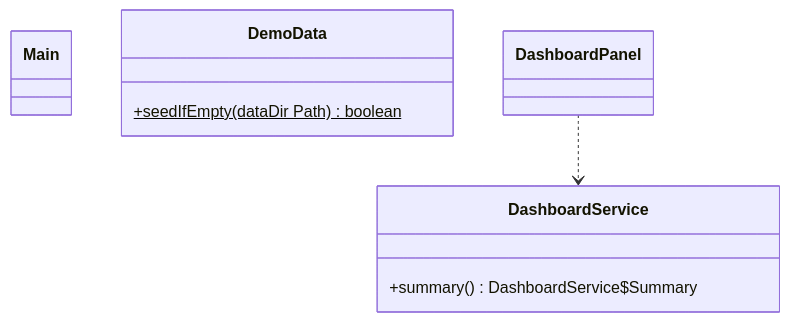
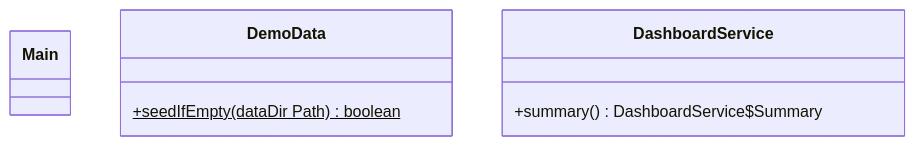
One commit to Deliner2501/NextFit changed the fifth of 6 diagrams in docs/integrated-class-diagram.md. Above: the diagram before and after it, drawn with Mermaid. The commit also changed other lines of this file and 62 other files, not shown here.

````diff
--- a/docs/integrated-class-diagram.md
+++ b/docs/integrated-class-diagram.md
@@ -706,16 +606,13 @@
 ```mermaid
 classDiagram
     direction TB
     class Main {
     }
     class DemoData {
         +seedIfEmpty(dataDir Path)$ boolean
     }
     class DashboardService {
         +summary() DashboardService$Summary
     }
-    class DashboardPanel {
-    }
 
-    DashboardPanel ..> DashboardService
 ```
````
